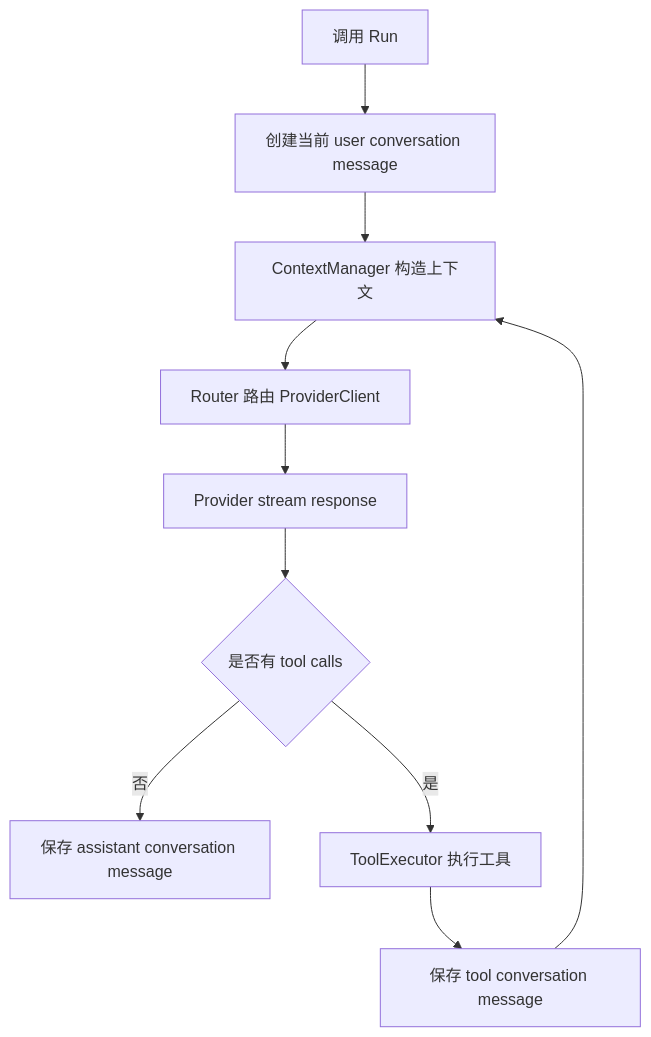
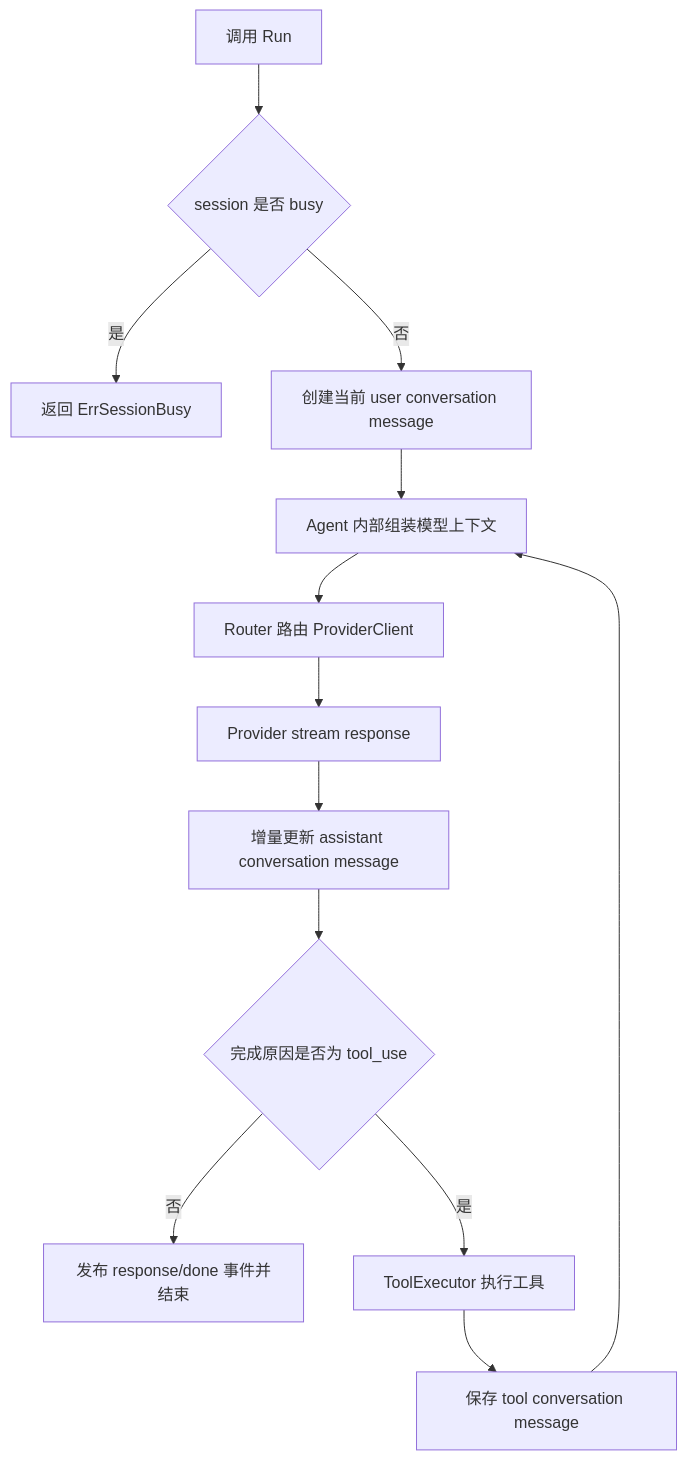
The fifth of 8 diagrams in docs/agent-current-issues.md (fengxiaozi-liu/AgentSdk), drawn with Mermaid before and after one commit. The commit also changed other lines of this file and 1 other file, not shown here.

````diff
--- a/docs/agent-current-issues.md
+++ b/docs/agent-current-issues.md
@@ -174,12 +224,15 @@
 ```mermaid
 flowchart TD
-    A[调用 Run] --> B[创建当前 user conversation message]
-    B --> C[ContextManager 构造上下文]
-    C --> D[Router 路由 ProviderClient]
-    D --> E[Provider stream response]
-    E --> F{是否有 tool calls}
-    F -- 否 --> G[保存 assistant conversation message]
-    F -- 是 --> H[ToolExecutor 执行工具]
-    H --> I[保存 tool conversation message]
-    I --> C
+    A[调用 Run] --> B{session 是否 busy}
+    B -- 是 --> B1[返回 ErrSessionBusy]
+    B -- 否 --> C[创建当前 user conversation message]
+    C --> D[Agent 内部组装模型上下文]
+    D --> E[Router 路由 ProviderClient]
+    E --> F[Provider stream response]
+    F --> G[增量更新 assistant conversation message]
+    G --> H{完成原因是否为 tool_use}
+    H -- 否 --> I[发布 response/done 事件并结束]
+    H -- 是 --> J[ToolExecutor 执行工具]
+    J --> K[保存 tool conversation message]
+    K --> D
 ```
````
